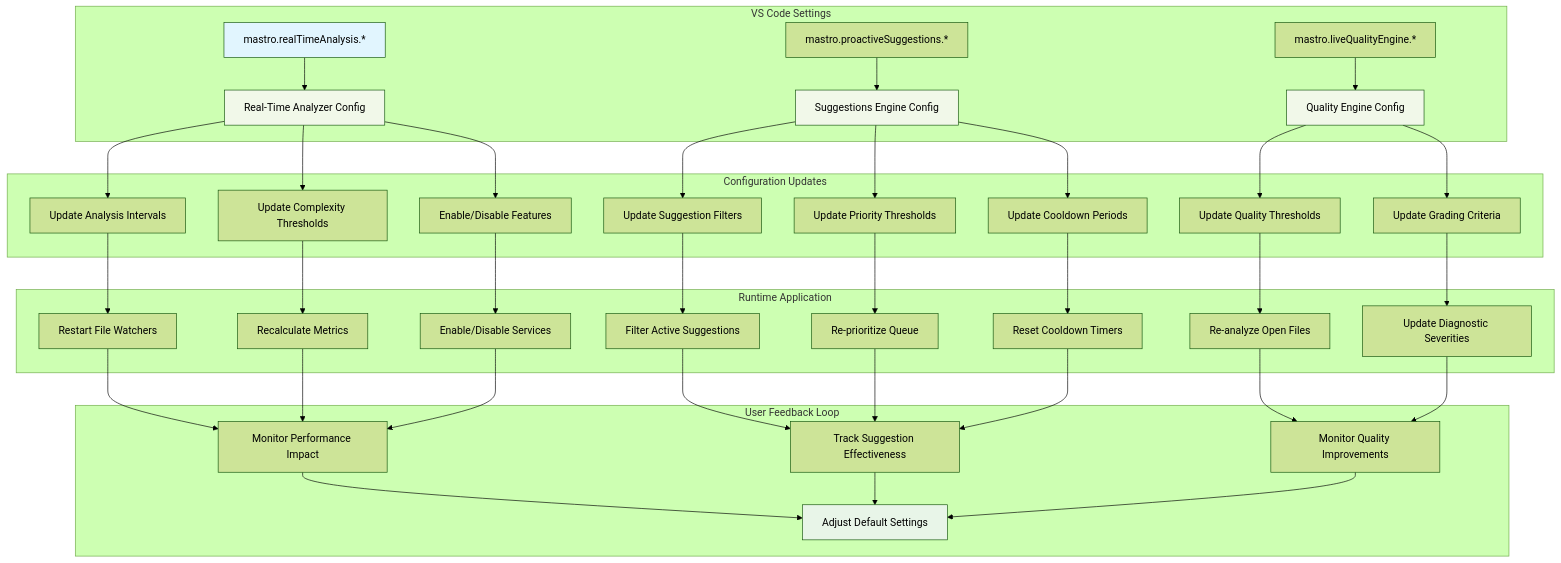
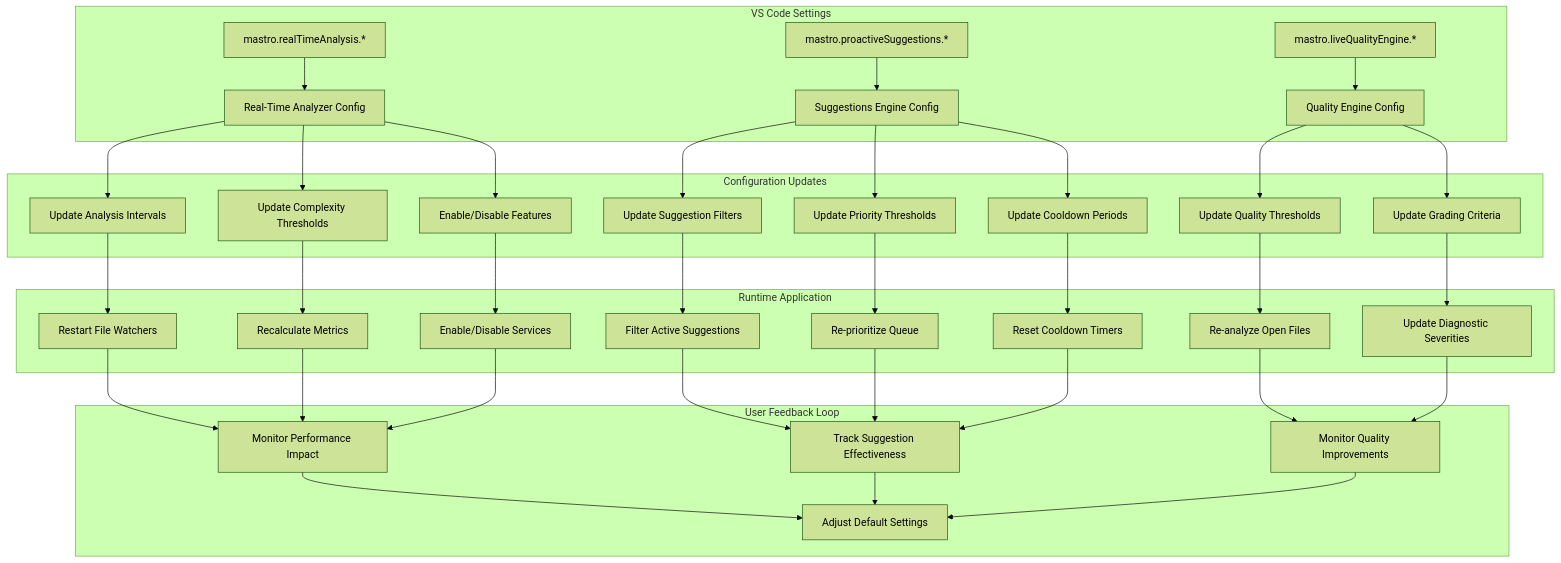
Before and after one commit to geogoesbeepboop/mastro: the seventh of 7 diagrams in docs/diagrams/mastro-realtime-analysis-flow.md, drawn with Mermaid (forest theme). The commit also changed other lines of this file and 5 other files, not shown here.

First line of the commit message:
docs: update analytics and flow diagrams for clarity

````diff
--- a/docs/diagrams/mastro-realtime-analysis-flow.md
+++ b/docs/diagrams/mastro-realtime-analysis-flow.md
@@ -445,55 +455,57 @@
 ```mermaid
+
 graph TB
     subgraph "VS Code Settings"
         A[mastro.realTimeAnalysis.*] --> B[Real-Time Analyzer Config]
         C[mastro.proactiveSuggestions.*] --> D[Suggestions Engine Config]
         E[mastro.liveQualityEngine.*] --> F[Quality Engine Config]
     end
     
     subgraph "Configuration Updates"
         B --> G[Update Analysis Intervals]
         B --> H[Update Complexity Thresholds]
         B --> I[Enable/Disable Features]
         
         D --> J[Update Suggestion Filters]
         D --> K[Update Priority Thresholds]
         D --> L[Update Cooldown Periods]
         
         F --> M[Update Quality Thresholds]
         F --> N[Update Grading Criteria]
     end
     
     subgraph "Runtime Application"  
         G --> O[Restart File Watchers]
         H --> P[Recalculate Metrics]
         I --> Q[Enable/Disable Services]
         
         J --> R[Filter Active Suggestions]
         K --> S[Re-prioritize Queue]
         L --> T[Reset Cooldown Timers]
         
         M --> U[Re-analyze Open Files]
         N --> V[Update Diagnostic Severities]
     end
     
     subgraph "User Feedback Loop"
         O --> W[Monitor Performance Impact]
         P --> W
         Q --> W
         R --> X[Track Suggestion Effectiveness]
         S --> X
         T --> X
         U --> Y[Monitor Quality Improvements]
         V --> Y
         
         W --> Z[Adjust Default Settings]
         X --> Z
         Y --> Z
     end
     
-    style A fill:#e1f5fe
-    style B fill:#f1f8e9
-    style D fill:#f1f8e9
-    style F fill:#f1f8e9
-    style Z fill:#e8f5e8
+    style A fill:#e1f5fe color:#000000
+    style B fill:#f1f8e9 color:#000000
+    style D fill:#f1f8e9 color:#000000
+    style F fill:#f1f8e9 color:#000000
+    style Z fill:#e8f5e8 color:#000000
+
 ```
````
